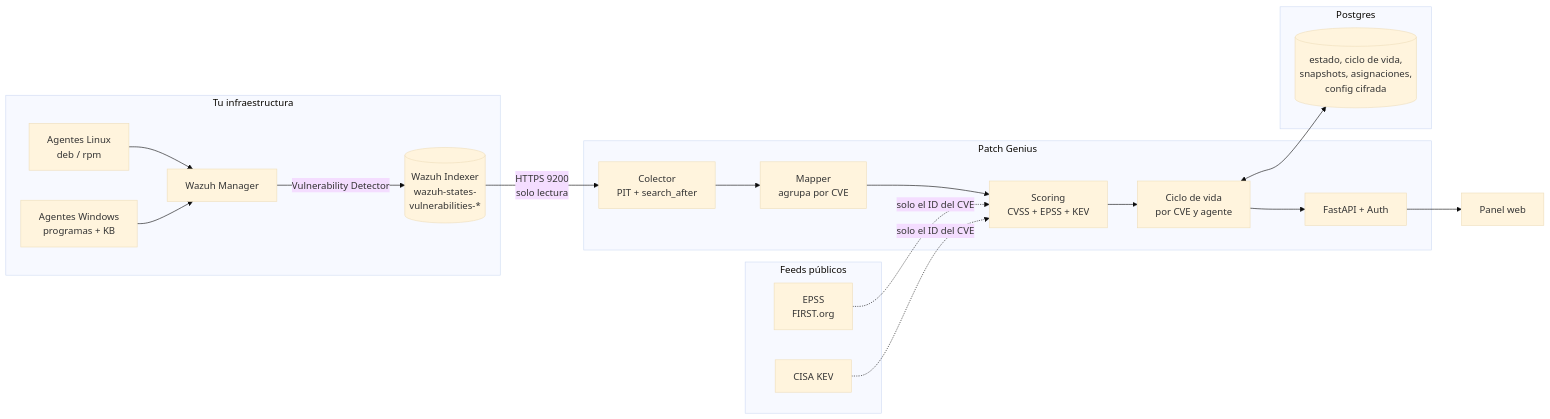
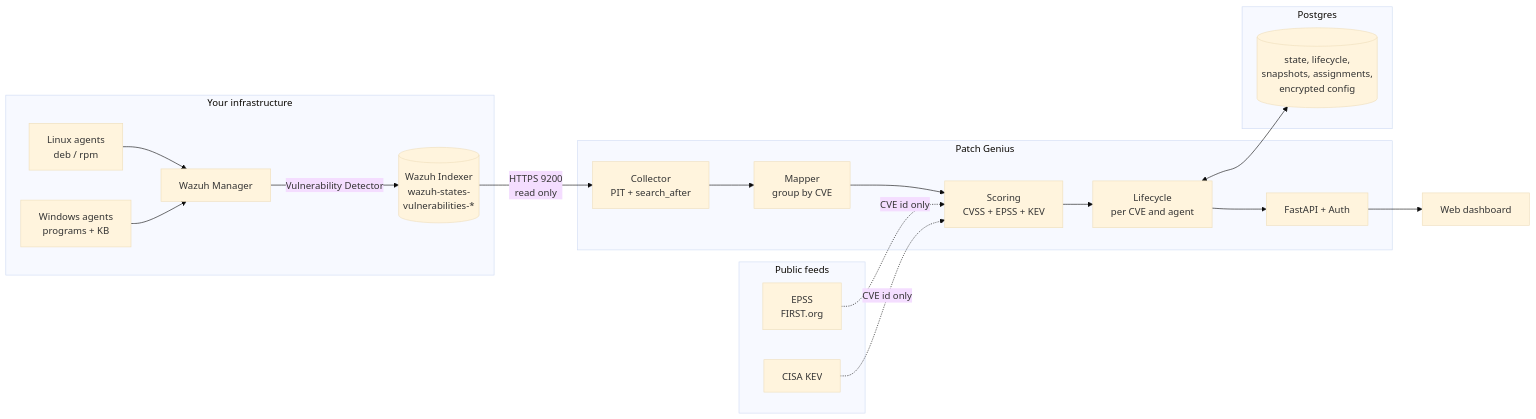
Before and after one commit to safernandez666/patch-genius: the first of 2 diagrams in README.md, drawn with Mermaid (base theme). The commit also changed other lines of this file, not shown here.

````diff
--- a/README.md
+++ b/README.md
@@ -39,36 +39,36 @@
 ```mermaid
 flowchart LR
-    subgraph infra["Tu infraestructura"]
-        AL["Agentes Linux<br/>deb / rpm"]
-        AW["Agentes Windows<br/>programas + KB"]
+    subgraph infra["Your infrastructure"]
+        AL["Linux agents<br/>deb / rpm"]
+        AW["Windows agents<br/>programs + KB"]
         MGR["Wazuh Manager"]
         IDX[("Wazuh Indexer<br/>wazuh-states-<br/>vulnerabilities-*")]
         AL --> MGR
         AW --> MGR
         MGR -->|Vulnerability Detector| IDX
     end
 
     subgraph pg["Patch Genius"]
-        COL["Colector<br/>PIT + search_after"]
-        MAP["Mapper<br/>agrupa por CVE"]
+        COL["Collector<br/>PIT + search_after"]
+        MAP["Mapper<br/>group by CVE"]
         SCORE["Scoring<br/>CVSS + EPSS + KEV"]
-        LIFE["Ciclo de vida<br/>por CVE y agente"]
+        LIFE["Lifecycle<br/>per CVE and agent"]
         API["FastAPI + Auth"]
         COL --> MAP --> SCORE --> LIFE --> API
     end
 
-    subgraph feeds["Feeds públicos"]
+    subgraph feeds["Public feeds"]
         EPSS["EPSS<br/>FIRST.org"]
         KEV["CISA KEV"]
     end
 
     subgraph store["Postgres"]
-        DB[("estado, ciclo de vida,<br/>snapshots, asignaciones,<br/>config cifrada")]
+        DB[("state, lifecycle,<br/>snapshots, assignments,<br/>encrypted config")]
     end
 
-    IDX -->|"HTTPS 9200<br/>solo lectura"| COL
-    EPSS -.->|"solo el ID del CVE"| SCORE
-    KEV -.->|"solo el ID del CVE"| SCORE
+    IDX -->|"HTTPS 9200<br/>read only"| COL
+    EPSS -.->|"CVE id only"| SCORE
+    KEV -.->|"CVE id only"| SCORE
     LIFE <--> DB
-    API --> UI["Panel web"]
+    API --> UI["Web dashboard"]
 ```
````
